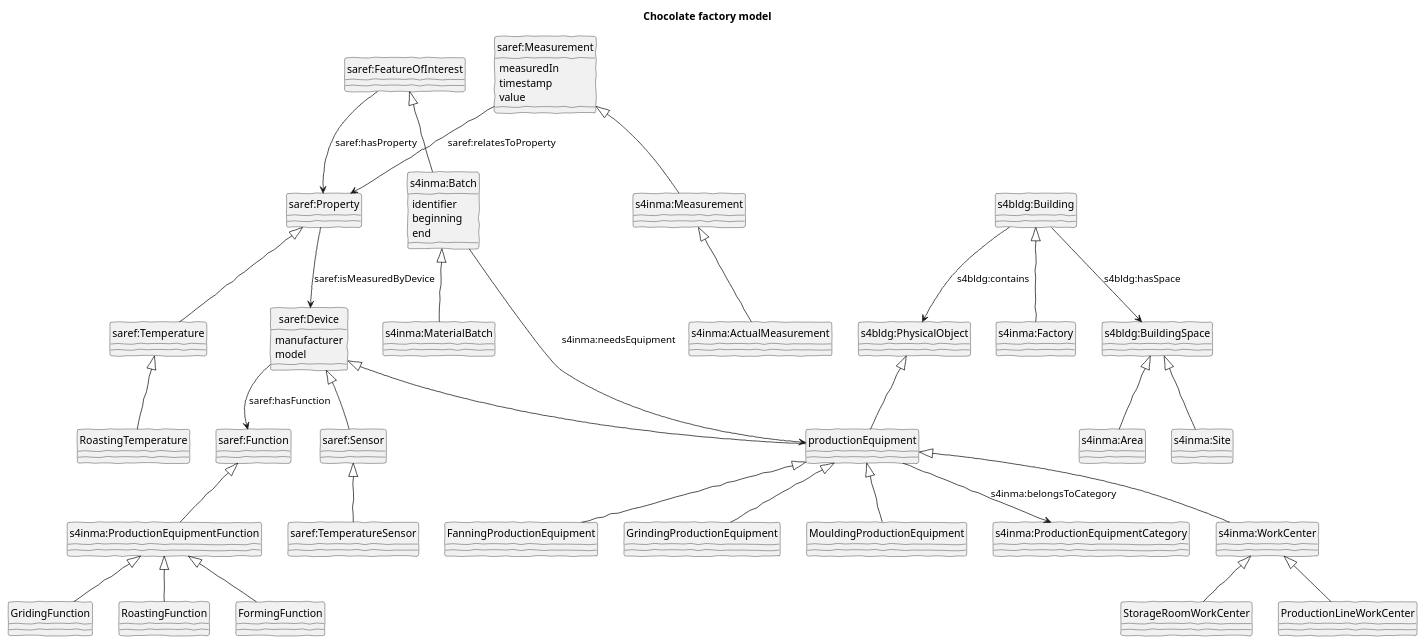
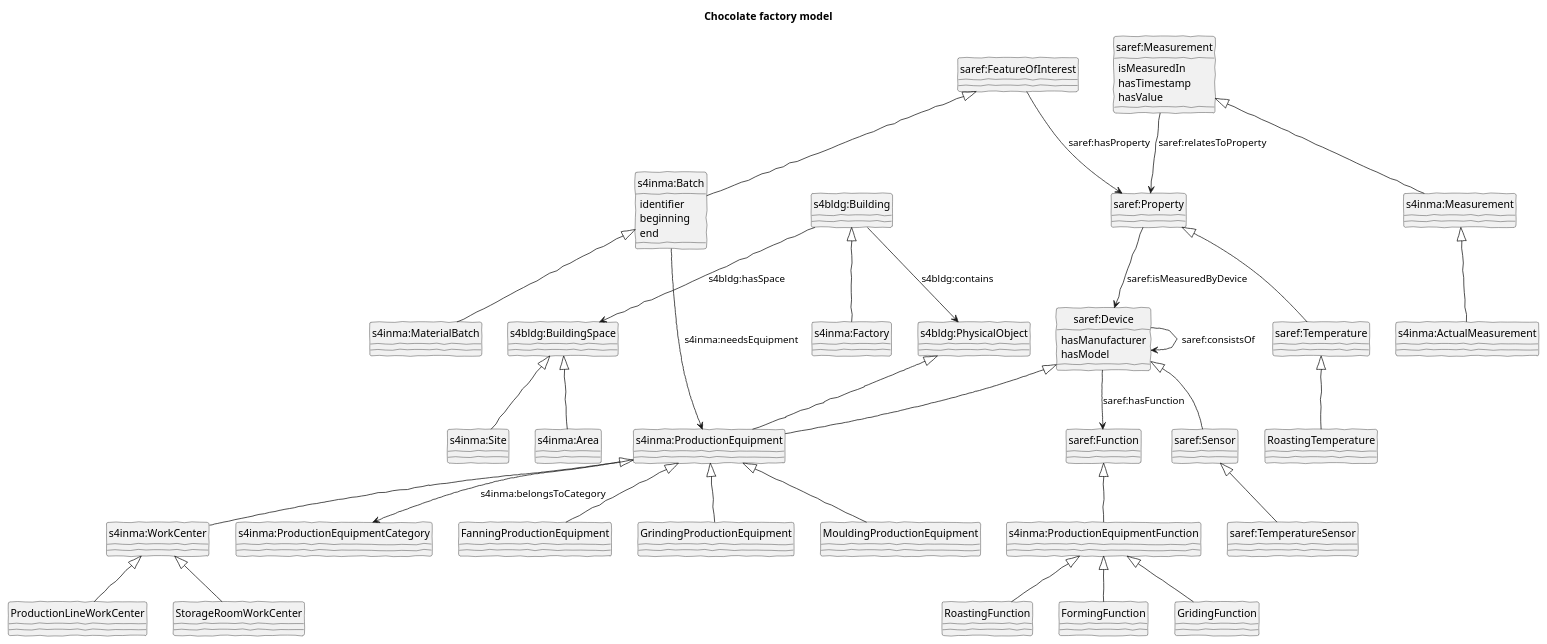
The diagram in smart-factory/factory-line-twin/twin-model.puml (sgryphon/iot-demo-build), drawn with PlantUML before and after one commit. The commit also changed 16 other files, not shown here.

Commit message:
WIP - core and building ontologies

```diff
--- a/smart-factory/factory-line-twin/twin-model.puml
+++ b/smart-factory/factory-line-twin/twin-model.puml
@@ -1,101 +1,120 @@
 @startuml 
 
 title Chocolate factory model
 
 hide circle
 skinparam handwritten true
 skinparam useBetaStyle true
 
+' SAREF core
+
+class "saref:Device" as device {
+    hasManufacturer
+    hasModel
+}
+class "saref:Function" as function
+device --> function : saref:hasFunction
+device --> device : saref:consistsOf
+
+class "saref:Sensor" as sensor
+class "saref:TemperatureSensor" as temperatureSensor
+device <|-- sensor
+sensor <|-- temperatureSensor
+
+class "saref:FeatureOfInterest" as feature
+
+class "saref:Property" as property
+class "saref:Temperature" as temperatureProperty
+property <|-- temperatureProperty
+
+feature --> property : saref:hasProperty
+property --> device : saref:isMeasuredByDevice
+'property --> device : saref:isControlledByDevice
+
+class "saref:Measurement" as measurement {
+    isMeasuredIn
+    hasTimestamp
+    hasValue
+}
+
+measurement --> property : saref:relatesToProperty
+
+
+' SAREF Building
+
 class "s4bldg:PhysicalObject" as physicalObject
 class "s4bldg:BuildingSpace" as space
 class "s4bldg:Building" as building
 
+building --> space : s4bldg:hasSpace
+
+building --> physicalObject : s4bldg:contains
+
+
+' SAREF Manufacturing
+
 class "s4inma:Factory" as factory
 building <|-- factory
-building --> space : s4bldg:hasSpace
 
 class "s4inma:Site" as site
 class "s4inma:Area" as area
 space <|-- site
 space <|-- area
 
-building --> physicalObject : s4bldg:contains
-
-class "saref:Device" as device {
-    manufacturer
-    model
-}
-class "saref:Function" as function
-device --> function : saref:hasFunction
-
-class "saref:Sensor" as sensor
-class "saref:TemperatureSensor" as temperatureSensor
-device <|-- sensor
-sensor <|-- temperatureSensor
-
+class "s4inma:ProductionEquipment" as productionEquipment
 class "s4inma:WorkCenter" as workCenter
-class "ProductionLineWorkCenter" as line
-class "StorageRoomWorkCenter" as store
 
 physicalObject <|-- productionEquipment
 device <|-- productionEquipment
 productionEquipment <|-- workCenter
-workCenter <|-- line
-workCenter <|-- store
-
-class "s4inma:ProductionEquipment" as productionEquipment
-class "FanningProductionEquipment" as fan
-class "GrindingProductionEquipment" as grinder
-class "MouldingProductionEquipment" as mould
-
-productionEquipment <|-- fan
-productionEquipment <|-- grinder
-productionEquipment <|-- mould
 
 class "s4inma:ProductionEquipmentFunction" as productionEquipmentFunction
 function <|-- productionEquipmentFunction
 
 class "s4inma:ProductionEquipmentCategory" as productionEquipmentCategory
 productionEquipment --> productionEquipmentCategory : s4inma:belongsToCategory
 
-' actual features of interest (that have measurements) are batches
-
-class FormingFunction
-class GridingFunction
-class RoastingFunction
-
-productionEquipmentFunction <|-- FormingFunction
-productionEquipmentFunction <|-- GridingFunction
-productionEquipmentFunction <|-- RoastingFunction
-
-class "saref:FeatureOfInterest" as feature
 class "s4inma:Batch" as batch {
     identifier
     beginning
     end
 }
 class "s4inma:MaterialBatch" as materialBatch
 feature <|-- batch
 batch <|-- materialBatch
 batch --> productionEquipment : s4inma:needsEquipment
 
-class "saref:Property" as property
-class "saref:Temperature" as temperature
-class "RoastingTemperature" as roastingTemperature
-property <|-- temperature
-temperature <|-- roastingTemperature
-feature --> property : saref:hasProperty
-property --> device : saref:isMeasuredByDevice
-
-class "saref:Measurement" as measurement {
-    measuredIn
-    timestamp
-    value
-}
 class "s4inma:Measurement" as inmaMeasurement
 class "s4inma:ActualMeasurement" as actualMeasurement
 measurement <|-- inmaMeasurement
 inmaMeasurement <|-- actualMeasurement
-measurement --> property : saref:relatesToProperty
+
+
+' Factory specific
+
+class "ProductionLineWorkCenter" as line
+class "StorageRoomWorkCenter" as store
+
+workCenter <|-- line
+workCenter <|-- store
+
+class "FanningProductionEquipment" as fan
+class "GrindingProductionEquipment" as grinder
+class "MouldingProductionEquipment" as mould
+
+productionEquipment <|-- fan
+productionEquipment <|-- grinder
+productionEquipment <|-- mould
+
+class FormingFunction
+class GridingFunction
+class RoastingFunction
+
+productionEquipmentFunction <|-- FormingFunction
+productionEquipmentFunction <|-- GridingFunction
+productionEquipmentFunction <|-- RoastingFunction
+
+class "RoastingTemperature" as roastingTemperatureProperty
+temperatureProperty <|-- roastingTemperatureProperty
 
 @enduml
```
